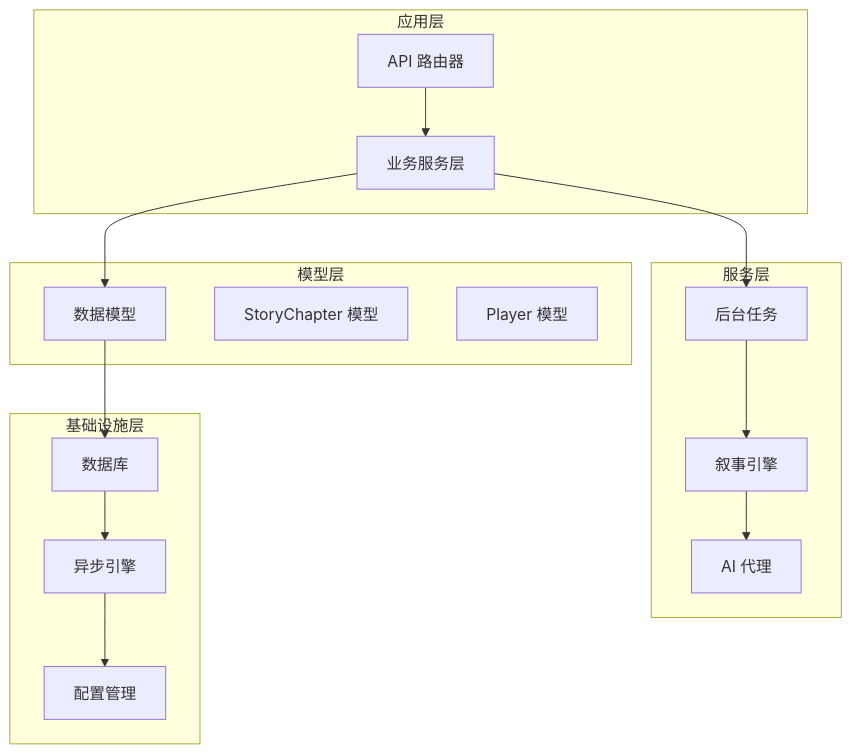
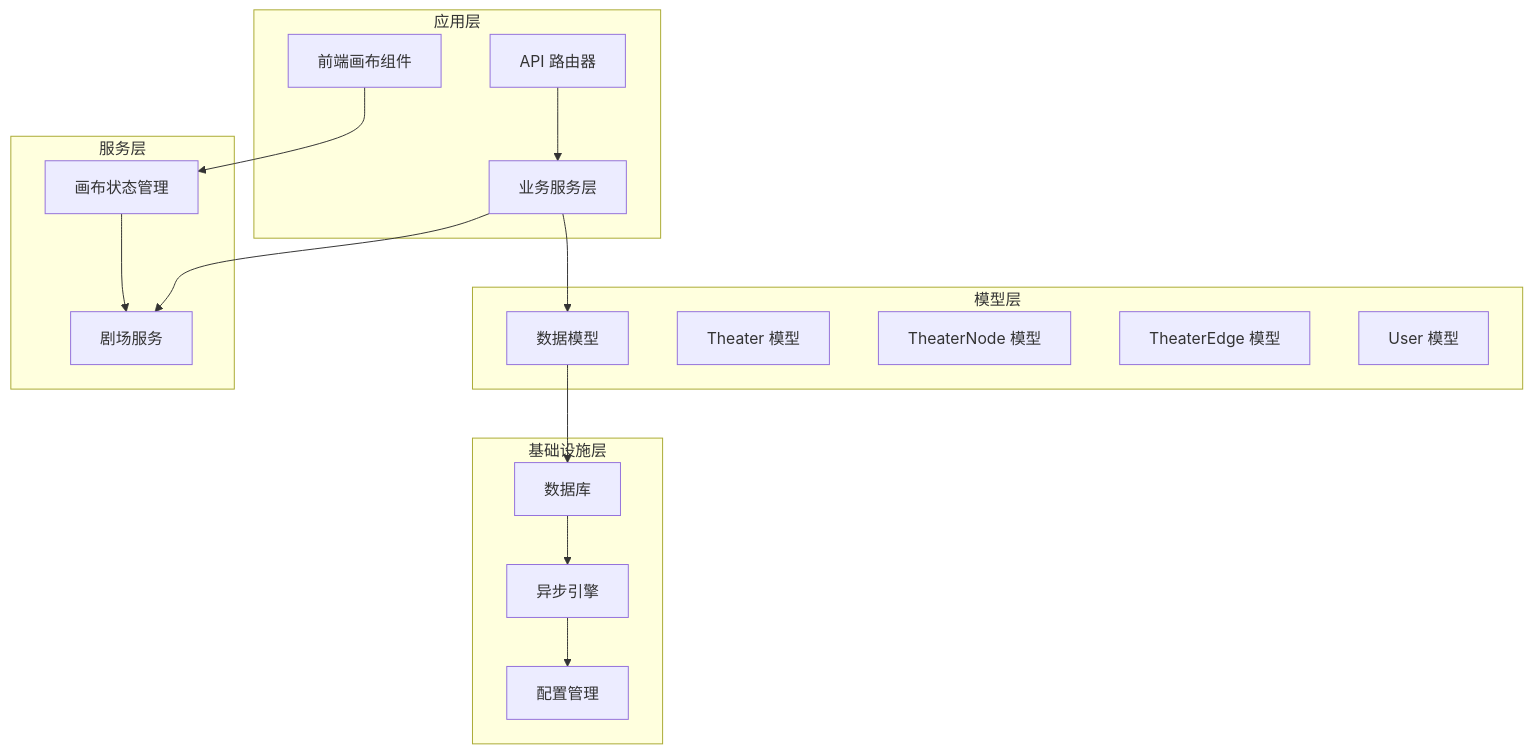
Before and after one commit to KunLabAI/KunFlix: the first of 13 diagrams in .qoder/repowiki/zh/content/数据库设计/故事章节模型.md, drawn with Mermaid. The commit also changed other lines of this file and 39 other files, not shown here.

````diff
--- a/.qoder/repowiki/zh/content/数据库设计/故事章节模型.md
+++ b/.qoder/repowiki/zh/content/数据库设计/故事章节模型.md
@@ -35,30 +38,32 @@
 ```mermaid
 graph TB
 subgraph "应用层"
 API[API 路由器]
 Services[业务服务层]
+Frontend[前端画布组件]
 end
 subgraph "模型层"
 Models[数据模型]
-StoryChapter[StoryChapter 模型]
-Player[Player 模型]
+Theater[Theater 模型]
+TheaterNode[TheaterNode 模型]
+TheaterEdge[TheaterEdge 模型]
+User[User 模型]
 end
 subgraph "服务层"
-Tasks[后台任务]
-Agents[AI 代理]
-NarrativeEngine[叙事引擎]
+TheaterService[剧场服务]
+CanvasStore[画布状态管理]
 end
 subgraph "基础设施层"
 Database[数据库]
 AsyncEngine[异步引擎]
 Config[配置管理]
 end
 API --> Services
 Services --> Models
-Services --> Tasks
-Tasks --> NarrativeEngine
-NarrativeEngine --> Agents
+Services --> TheaterService
+Frontend --> CanvasStore
+CanvasStore --> TheaterService
 Models --> Database
 Database --> AsyncEngine
 AsyncEngine --> Config
 ```
````
